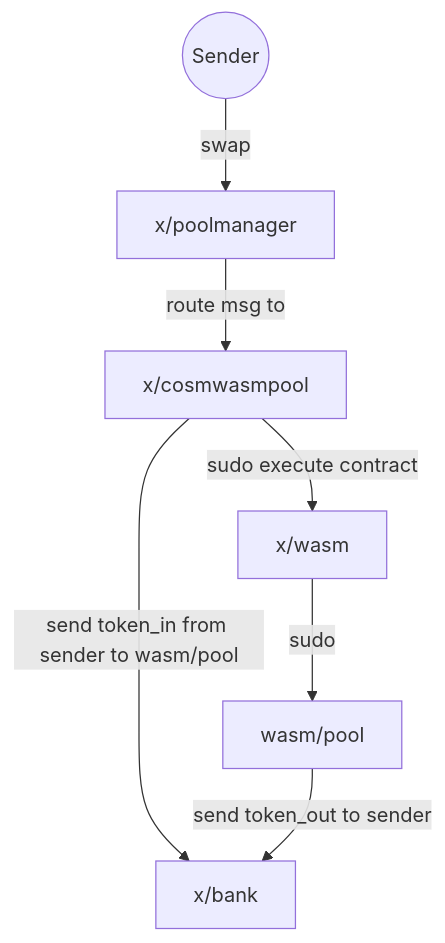
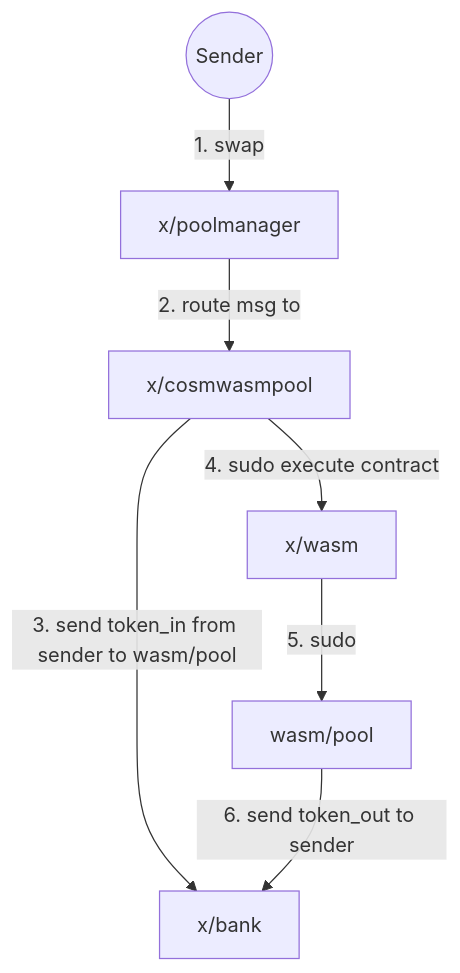
The third of 4 diagrams in x/cosmwasmpool/README.md (osmosis-labs/osmosis), drawn with Mermaid before and after one commit. The commit also changed other lines of this file and 4 other files, not shown here.

First line of the commit message:
feat(x/cosmwasmpool): Sending `token_in_max_amount` to the contract before running contract msg (#5855)

````diff
--- a/x/cosmwasmpool/README.md
+++ b/x/cosmwasmpool/README.md
@@ -95,11 +125,10 @@
 ```mermaid
 graph TD;
   Sender((Sender))
-  Sender -- swap --> x/poolmanager
-  x/poolmanager -- route msg to --> x/cosmwasmpool
-  x/cosmwasmpool -- sudo execute contract --> x/wasm
-  x/wasm -- sudo --> wasm/pool
-
-  x/cosmwasmpool -- send token_in from sender to wasm/pool --> x/bank
-  wasm/pool -- send token_out to sender --> x/bank
+  Sender -- 1. swap --> x/poolmanager
+  x/poolmanager -- 2. route msg to --> x/cosmwasmpool
+  x/cosmwasmpool -- 3. send token_in from sender to wasm/pool --> x/bank
+  x/cosmwasmpool -- 4. sudo execute contract --> x/wasm
+  x/wasm -- 5. sudo --> wasm/pool
+  wasm/pool -- 6. send token_out to sender --> x/bank
 ```
````
